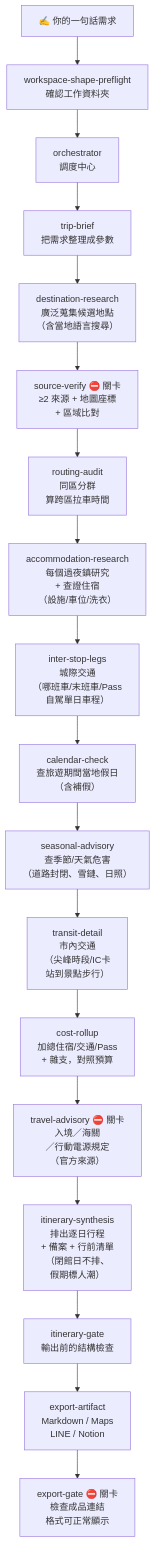
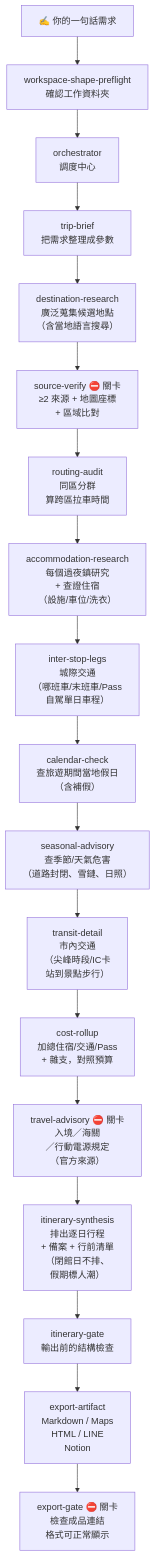
Before and after one commit to helping-ai-workflow/tripwork: the diagram in README.md, drawn with Mermaid. The commit also changed other lines of this file and 6 other files, not shown here.

````diff
--- a/README.md
+++ b/README.md
@@ -100,22 +100,22 @@
 ```mermaid
 %%{init: {'flowchart':{'htmlLabels':true}}}%%
 flowchart TB
     P["✍️ 你的一句話需求"]
     P --> WSP["workspace-shape-preflight<br/>確認工作資料夾"]
     WSP --> ORC["orchestrator<br/>調度中心"]
     ORC --> TB["trip-brief<br/>把需求整理成參數"]
     TB --> DR["destination-research<br/>廣泛蒐集候選地點<br/>（含當地語言搜尋）"]
     DR --> SV["source-verify ⛔ 關卡<br/>≥2 來源 + 地圖座標<br/>+ 區域比對"]
     SV --> RA["routing-audit<br/>同區分群<br/>算跨區拉車時間"]
     RA --> ACC["accommodation-research<br/>每個過夜鎮研究<br/>+ 查證住宿<br/>（設施/車位/洗衣）"]
     ACC --> LEG["inter-stop-legs<br/>城際交通<br/>（哪班車/末班車/Pass<br/>自駕單日車程）"]
     LEG --> CAL["calendar-check<br/>查旅遊期間當地假日<br/>（含補假）"]
     CAL --> SEA["seasonal-advisory<br/>查季節/天氣危害<br/>（道路封閉、雪鏈、日照）"]
     SEA --> TRN["transit-detail<br/>市內交通<br/>（尖峰時段/IC卡<br/>站到景點步行）"]
     TRN --> COST["cost-rollup<br/>加總住宿/交通/Pass<br/>+ 雜支，對照預算"]
     COST --> ADV["travel-advisory ⛔ 關卡<br/>入境／海關<br/>／行動電源規定<br/>（官方來源）"]
     ADV --> SYN["itinerary-synthesis<br/>排出逐日行程<br/>+ 備案 + 行前清單<br/>（閉館日不排、<br/>假期標人潮）"]
     SYN --> GATE["itinerary-gate<br/>輸出前的結構檢查"]
-    GATE --> EXP["export-artifact<br/>Markdown / Maps<br/>LINE / Notion"]
+    GATE --> EXP["export-artifact<br/>Markdown / Maps<br/>HTML / LINE<br/>Notion"]
     EXP --> EGATE["export-gate ⛔ 關卡<br/>檢查成品連結<br/>格式可正常顯示"]
 ```
````
